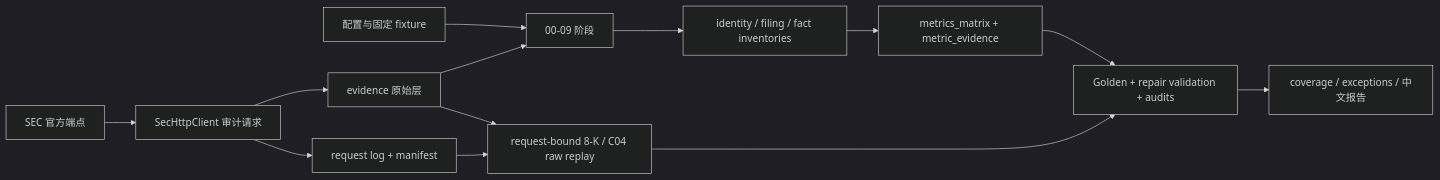
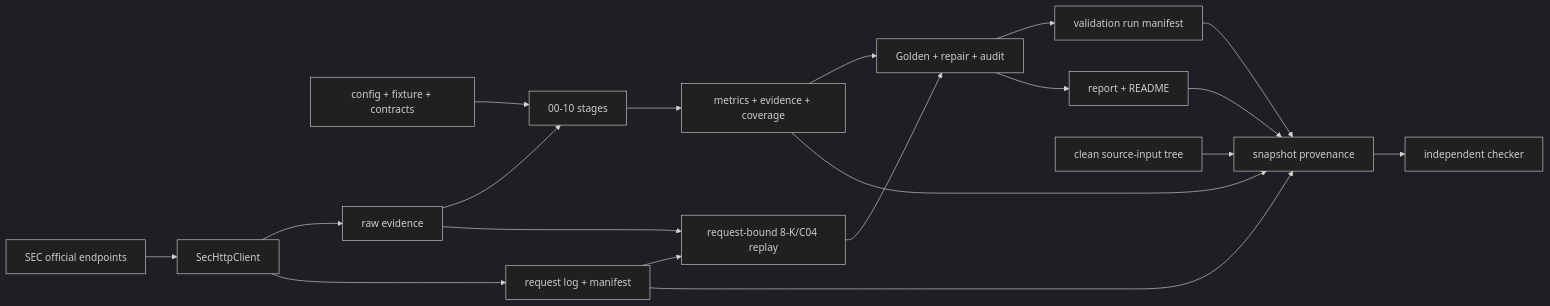
Before and after one commit to wlvh/SEC_metrics: the diagram in architecture.md, drawn with Mermaid (dark theme). The commit also changed other lines of this file and 21 other files, not shown here.

Commit message:
Bind validation snapshots to source and artifacts

````diff
--- a/architecture.md
+++ b/architecture.md
@@ -101,15 +106,21 @@
 ```mermaid
 flowchart LR
-    Config["配置与固定 fixture"] --> Stages["00-09 阶段"]
-    SEC["SEC 官方端点"] --> HTTP["SecHttpClient 审计请求"]
-    HTTP --> Raw["evidence 原始层"]
+    Config["config + fixture + contracts"] --> Stages["00-10 stages"]
+    SEC["SEC official endpoints"] --> HTTP["SecHttpClient"]
+    HTTP --> Raw["raw evidence"]
     HTTP --> Ledger["request log + manifest"]
     Raw --> Stages
-    Stages --> Inventory["identity / filing / fact inventories"]
-    Inventory --> Matrix["metrics_matrix + metric_evidence"]
-    Ledger --> Replay["request-bound 8-K / C04 raw replay"]
+    Stages --> Matrix["metrics + evidence + coverage"]
+    Ledger --> Replay["request-bound 8-K/C04 replay"]
     Raw --> Replay
-    Replay --> Gates
-    Matrix --> Gates["Golden + repair validation + audits"]
-    Gates --> Report["coverage / exceptions / 中文报告"]
+    Replay --> Gates["Golden + repair + audit"]
+    Matrix --> Gates
+    Gates --> RunManifest["validation run manifest"]
+    Gates --> Report["report + README"]
+    Source["clean source-input tree"] --> Provenance["snapshot provenance"]
+    RunManifest --> Provenance
+    Report --> Provenance
+    Matrix --> Provenance
+    Ledger --> Provenance
+    Provenance --> Checker["independent checker"]
 ```
````
